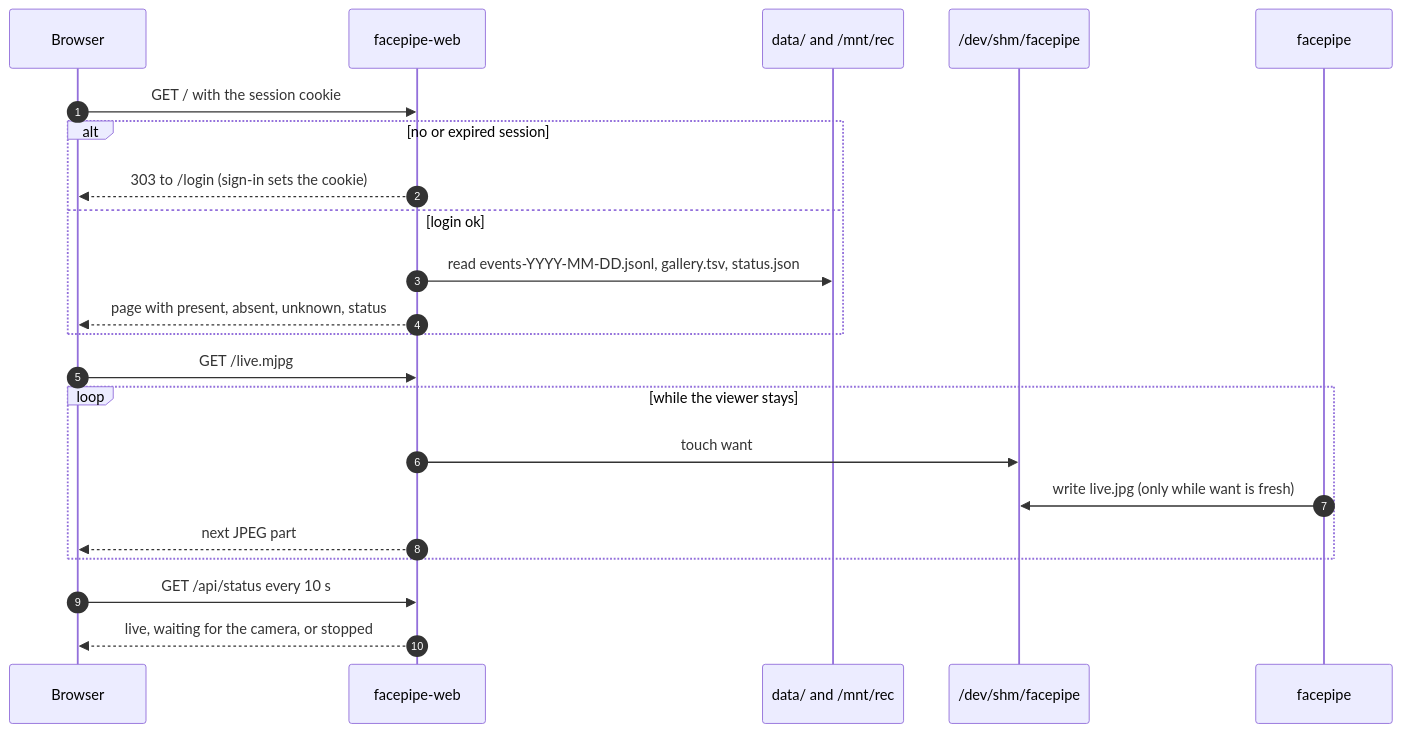
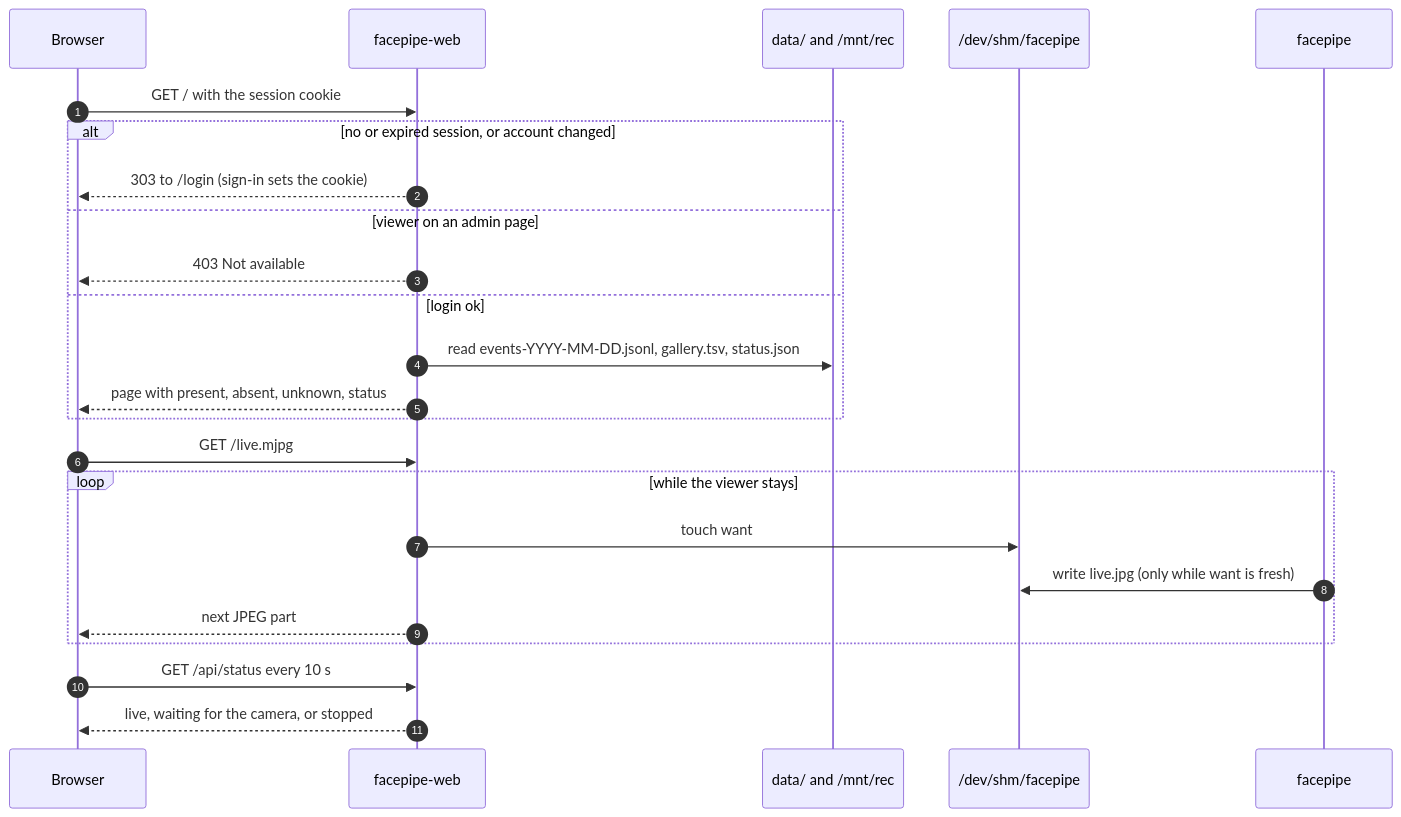
One commit to hamza-aziz-ai/Jetson-Nano-Face-Recognition-Attendance-System changed the third of 6 diagrams in docs/FLOW.md. Above: the diagram before and after it, drawn with Mermaid. The commit also changed other lines of this file and 17 other files, not shown here.

First line of the commit message:
feat(users): admin and viewer accounts by email or phone so the owner can share the site with family (#22)

````diff
--- a/docs/FLOW.md
+++ b/docs/FLOW.md
@@ -86,24 +86,26 @@
 ```mermaid
 sequenceDiagram
   autonumber
   participant B as Browser
   participant W as facepipe-web
   participant D as data/ and /mnt/rec
   participant S as /dev/shm/facepipe
   participant F as facepipe
   B->>W: GET / with the session cookie
-  alt no or expired session
+  alt no or expired session, or account changed
     W-->>B: 303 to /login (sign-in sets the cookie)
+  else viewer on an admin page
+    W-->>B: 403 Not available
   else login ok
     W->>D: read events-YYYY-MM-DD.jsonl, gallery.tsv, status.json
     W-->>B: page with present, absent, unknown, status
   end
   B->>W: GET /live.mjpg
   loop while the viewer stays
     W->>S: touch want
     F->>S: write live.jpg (only while want is fresh)
     W-->>B: next JPEG part
   end
   B->>W: GET /api/status every 10 s
   W-->>B: live, waiting for the camera, or stopped
 ```
````
